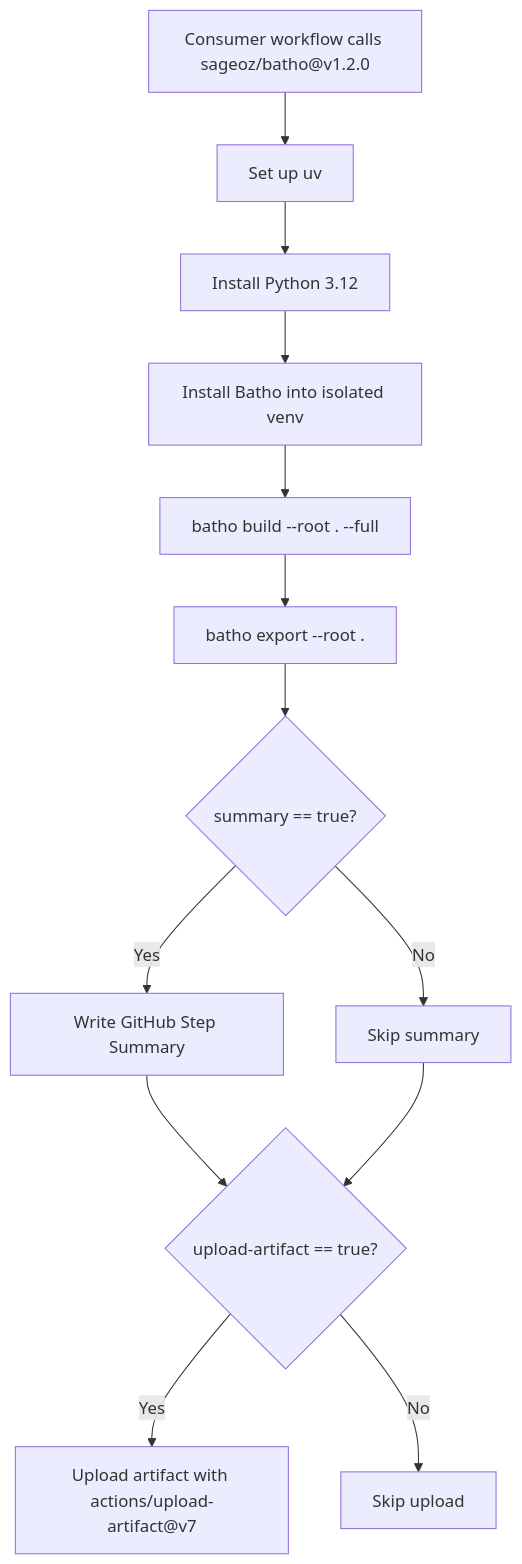
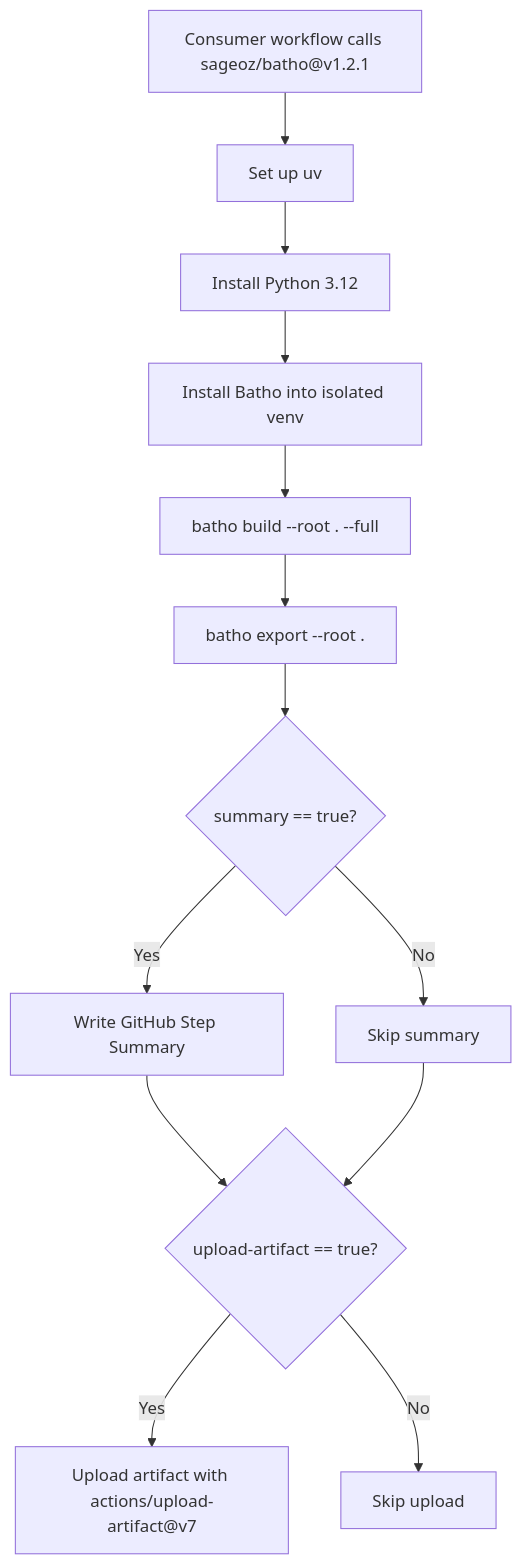
The diagram in docs-site/docs/cicd/composite-action.md (sageoz/Batho), drawn with Mermaid before and after one commit. The commit also changed other lines of this file and 37 other files, not shown here.

````diff
--- a/docs-site/docs/cicd/composite-action.md
+++ b/docs-site/docs/cicd/composite-action.md
@@ -7,15 +7,15 @@
 ```mermaid
 flowchart TD
-    A["Consumer workflow calls sageoz/batho@v1.2.0"] --> B["Set up uv"]
+    A["Consumer workflow calls sageoz/batho@v1.2.1"] --> B["Set up uv"]
     B --> C["Install Python 3.12"]
     C --> D["Install Batho into isolated venv"]
     D --> E["batho build --root . --full"]
     E --> F["batho export --root ."]
     F --> G{"summary == true?"}
     G -- Yes --> H["Write GitHub Step Summary"]
     G -- No --> I["Skip summary"]
     H --> J{"upload-artifact == true?"}
     I --> J
     J -- Yes --> K["Upload artifact with actions/upload-artifact@v7"]
     J -- No --> L["Skip upload"]
 ```
````
